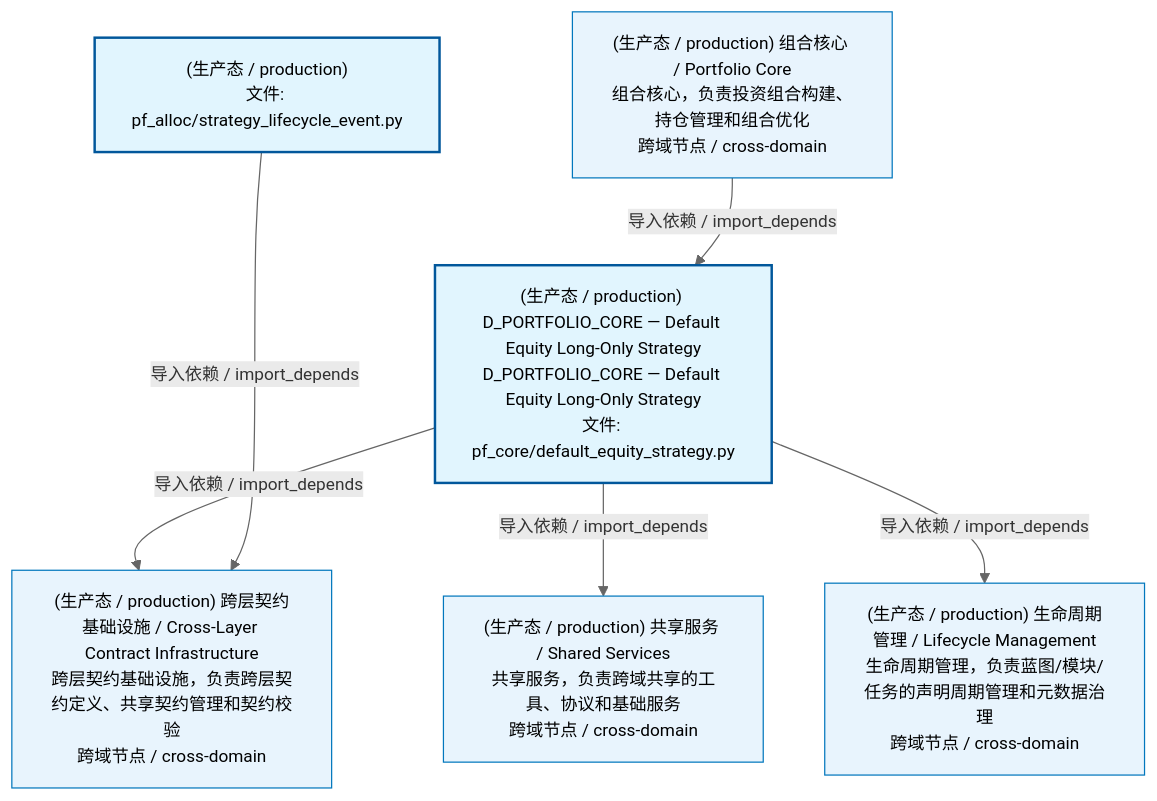
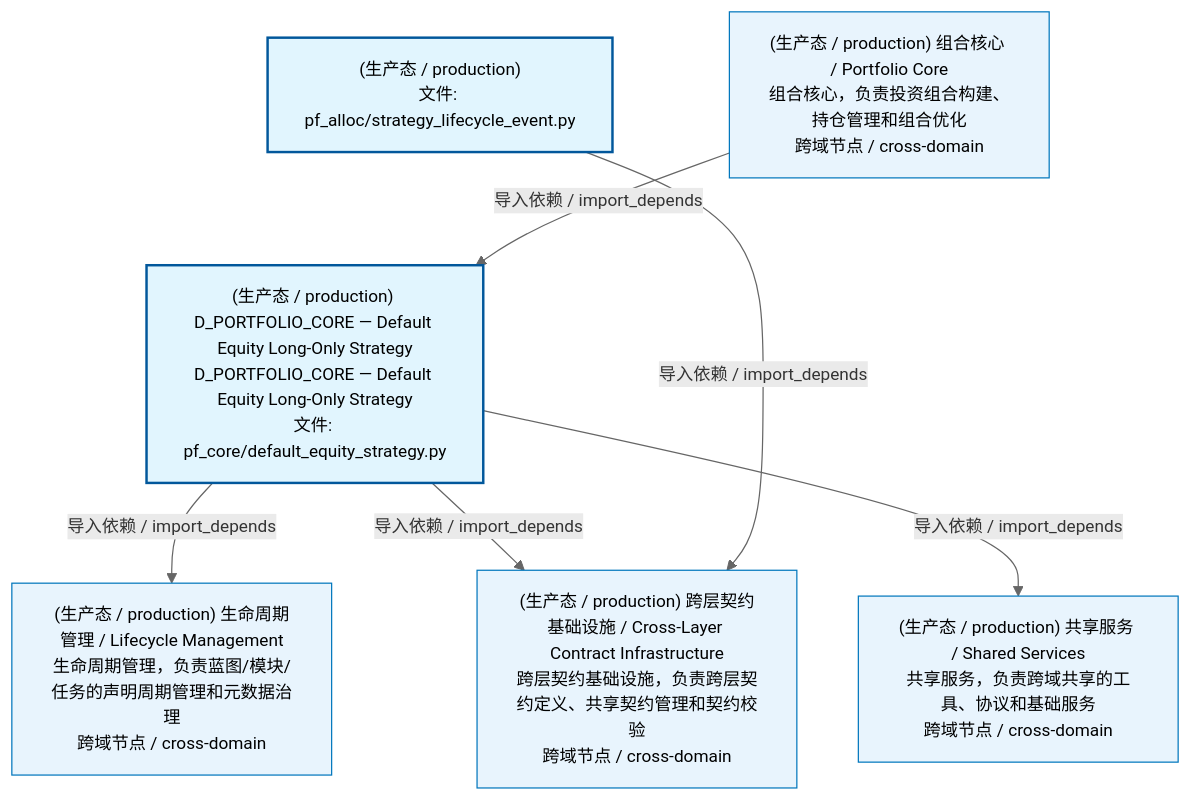
The first of 2 diagrams in docs/02_enterprise_architecture/02_domain_architecture_docs/62_d_pf_alloc.md (xuanFelixVan/ZephyrAlpha), drawn with Mermaid before and after one commit. The commit also changed other lines of this file and 88 other files, not shown here.

````diff
--- a/docs/02_enterprise_architecture/02_domain_architecture_docs/62_d_pf_alloc.md
+++ b/docs/02_enterprise_architecture/02_domain_architecture_docs/62_d_pf_alloc.md
@@ -88,22 +53,22 @@
 ```mermaid
 %%{init: {'theme': 'base', 'themeVariables': {'primaryColor': '#eaeaea', 'primaryTextColor': '#333333', 'primaryBorderColor': '#666666', 'lineColor': '#666666', 'secondaryColor': '#eaeaea', 'tertiaryColor': '#eaeaea', 'fontSize': '14px'}}}%%
 flowchart TD
     src_zephyr_pf_alloc_strategy_lifecycle_event_py["(生产态 / production)<br/>文件: pf_alloc/strategy_lifecycle_event.py"]
     src_zephyr_pf_core_default_equity_strategy_py["(生产态 / production) D_PORTFOLIO_CORE — Default Equity Long-Only Strategy<br/>D_PORTFOLIO_CORE — Default Equity Long-Only Strategy<br/>文件: pf_core/default_equity_strategy.py"]
     src_zephyr_pf_alloc_strategy_lifecycle_event_py ~~~ src_zephyr_pf_core_default_equity_strategy_py
+    D_GOVERNANCE["(生产态 / production) 生命周期管理 / Lifecycle Management<br/>生命周期管理，负责蓝图/模块/任务的声明周期管理和元数据治理<br/>跨域节点 / cross-domain"]
+    src_zephyr_pf_core_default_equity_strategy_py -->|导入依赖 / import_depends| D_GOVERNANCE
     D_INFRASTRUCTURE["(生产态 / production) 跨层契约基础设施 / Cross-Layer Contract Infrastructure<br/>跨层契约基础设施，负责跨层契约定义、共享契约管理和契约校验<br/>跨域节点 / cross-domain"]
     src_zephyr_pf_core_default_equity_strategy_py -->|导入依赖 / import_depends| D_INFRASTRUCTURE
     D_SHARED["(生产态 / production) 共享服务 / Shared Services<br/>共享服务，负责跨域共享的工具、协议和基础服务<br/>跨域节点 / cross-domain"]
     src_zephyr_pf_core_default_equity_strategy_py -->|导入依赖 / import_depends| D_SHARED
-    D_GOVERNANCE["(生产态 / production) 生命周期管理 / Lifecycle Management<br/>生命周期管理，负责蓝图/模块/任务的声明周期管理和元数据治理<br/>跨域节点 / cross-domain"]
-    src_zephyr_pf_core_default_equity_strategy_py -->|导入依赖 / import_depends| D_GOVERNANCE
     src_zephyr_pf_alloc_strategy_lifecycle_event_py -->|导入依赖 / import_depends| D_INFRASTRUCTURE
     D_PF_CORE["(生产态 / production) 组合核心 / Portfolio Core<br/>组合核心，负责投资组合构建、持仓管理和组合优化<br/>跨域节点 / cross-domain"]
     D_PF_CORE -->|导入依赖 / import_depends| src_zephyr_pf_core_default_equity_strategy_py
     classDef production fill:#e1f5fe,stroke:#01579b,stroke-width:2px,color:#000
     classDef design fill:#fff3e0,stroke:#e65100,stroke-width:2px,color:#000,stroke-dasharray: 5 5
     classDef external_prod fill:#e8f4fd,stroke:#0277bd,stroke-width:1px,color:#000
     classDef external_design fill:#fff8e7,stroke:#ef6c00,stroke-width:1px,color:#000,stroke-dasharray: 5 5
     class src_zephyr_pf_alloc_strategy_lifecycle_event_py,src_zephyr_pf_core_default_equity_strategy_py production
-    class D_INFRASTRUCTURE,D_SHARED,D_GOVERNANCE,D_PF_CORE external_prod
+    class D_GOVERNANCE,D_INFRASTRUCTURE,D_SHARED,D_PF_CORE external_prod
 ```
````
